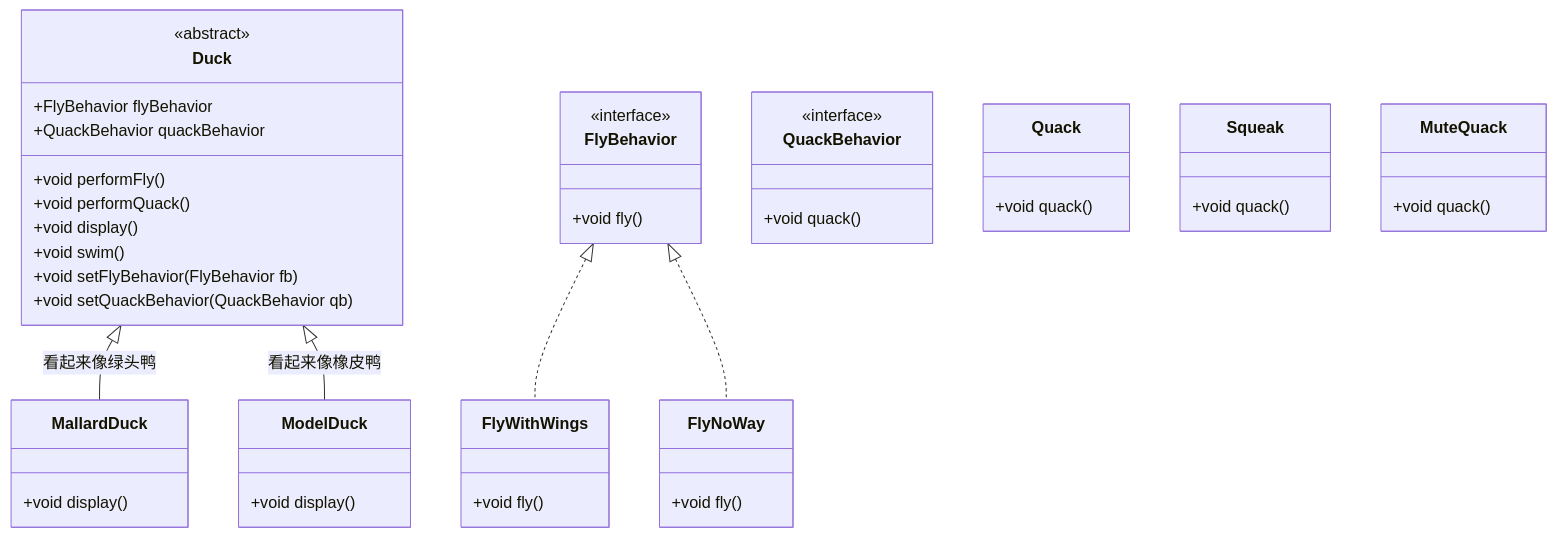
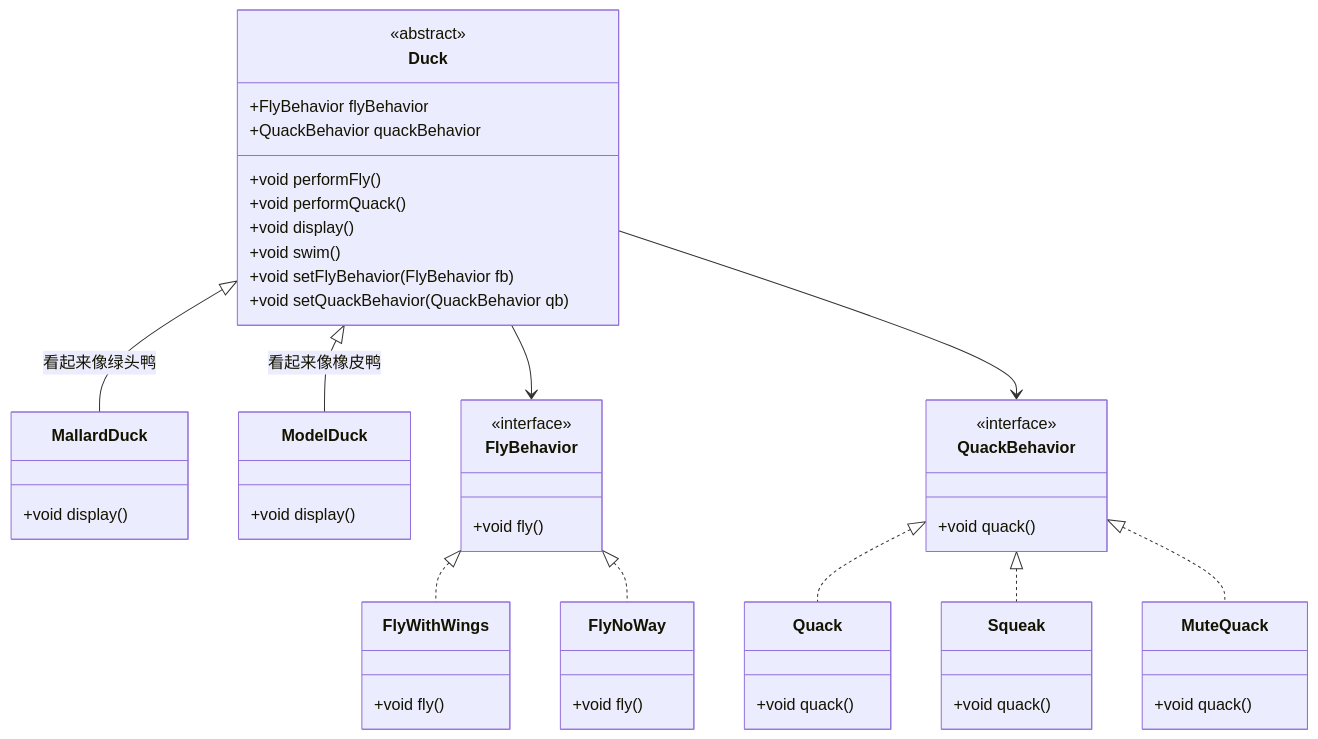
The diagram in 计算机/设计模式/2-3 行为型模式.md (poppop9/obsidian), drawn with Mermaid before and after one commit. The commit also changed other lines of this file and 4 other files, not shown here.

````diff
--- a/计算机/设计模式/2-3 行为型模式.md
+++ b/计算机/设计模式/2-3 行为型模式.md
@@ -20,54 +20,60 @@
 ```mermaid
 classDiagram
     class Duck {
 		<<abstract>>
 		+FlyBehavior flyBehavior
 		+QuackBehavior quackBehavior
 		+void performFly()
 		+void performQuack()
 		+void display()
 		+void swim()
 		+void setFlyBehavior(FlyBehavior fb)
 		+void setQuackBehavior(QuackBehavior qb)
     }
     
     class MallardDuck {
         +void display()
     }
     class ModelDuck {
         +void display()
     }
     
     Duck <|-- MallardDuck : 看起来像绿头鸭
     Duck <|-- ModelDuck : 看起来像橡皮鸭
 
 	%% 飞行接口
 	class FlyBehavior {
 		<<interface>>
         +void fly()
     }
 	class FlyWithWings {
 		+void fly()
 	}
 	class FlyNoWay {
 		+void fly()
 	}
 	FlyBehavior <|.. FlyWithWings
 	FlyBehavior <|.. FlyNoWay
 
 
     %% 叫声接口
     class QuackBehavior {
 	    <<interface>>
         +void quack()
     }
     class Quack {
 	    +void quack()
     }
     class Squeak {
 	    +void quack()
     }
     class MuteQuack {
 	    +void quack()
     }
+    QuackBehavior <|.. Quack
+    QuackBehavior <|.. Squeak
+    QuackBehavior <|.. MuteQuack
+
+	Duck --> FlyBehavior
+    Duck --> QuackBehavior
 ```
````
